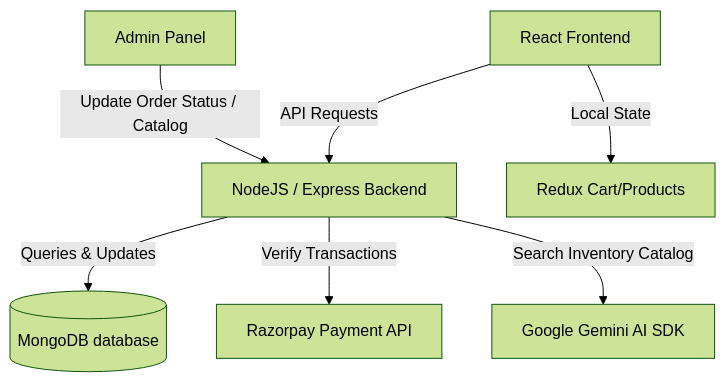
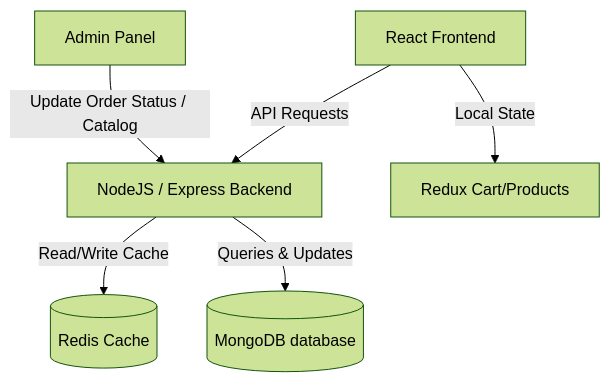
One commit to HarshitMangal/Flipcart-Clone changed the diagram in README.md. Above: the diagram before and after it, drawn with Mermaid (forest theme). The commit also changed other lines of this file, not shown here.

Commit message:
Update README.md with Redis caching and pagination documentation

````diff
--- a/README.md
+++ b/README.md
@@ -37,9 +43,8 @@
 ```mermaid
 graph TD
     Client[React Frontend] -->|API Requests| Server[NodeJS / Express Backend]
     Client -->|Local State| Redux[Redux Cart/Products]
+    Server -->|Read/Write Cache| Redis[(Redis Cache)]
     Server -->|Queries & Updates| DB[(MongoDB database)]
-    Server -->|Verify Transactions| Razorpay[Razorpay Payment API]
-    Server -->|Search Inventory Catalog| Gemini[Google Gemini AI SDK]
     Admin[Admin Panel] -->|Update Order Status / Catalog| Server
 ```
````
